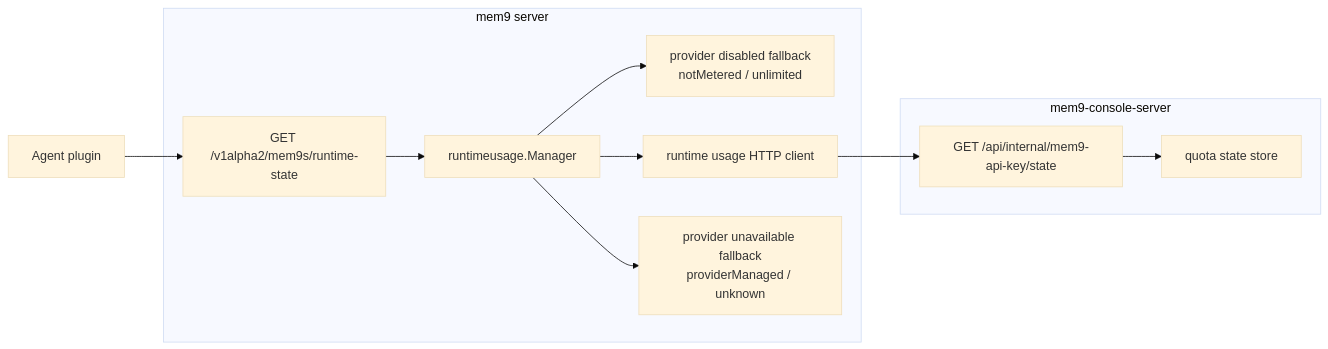
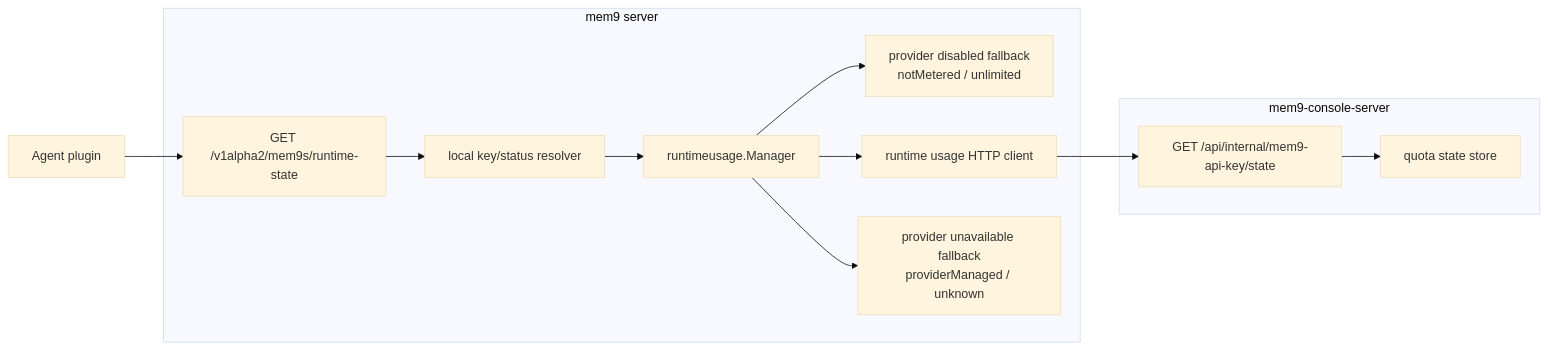
One commit to mem9-ai/mem9 changed the diagram in docs/design/runtime-state-api.md. Above: the diagram before and after it, drawn with Mermaid (base theme). The commit also changed other lines of this file and 16 other files, not shown here.

````diff
--- a/docs/design/runtime-state-api.md
+++ b/docs/design/runtime-state-api.md
@@ -21,16 +23,17 @@
 ```mermaid
 flowchart LR
   Plugin["Agent plugin"] --> PublicAPI["GET /v1alpha2/mem9s/runtime-state"]
 
   subgraph Mem9["mem9 server"]
-    PublicAPI --> Manager["runtimeusage.Manager"]
+    PublicAPI --> KeyStatus["local key/status resolver"]
+    KeyStatus --> Manager["runtimeusage.Manager"]
     Manager --> DisabledFallback["provider disabled fallback<br/>notMetered / unlimited"]
     Manager --> ProviderClient["runtime usage HTTP client"]
     Manager --> UnknownFallback["provider unavailable fallback<br/>providerManaged / unknown"]
   end
 
   subgraph Console["mem9-console-server"]
     ProviderClient --> ProviderState["GET /api/internal/mem9-api-key/state"]
     ProviderState --> QuotaStore["quota state store"]
   end
 ```
````
